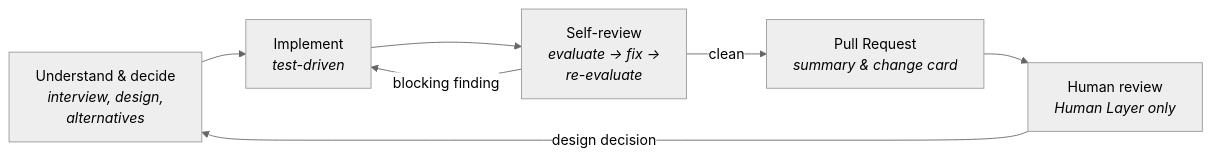
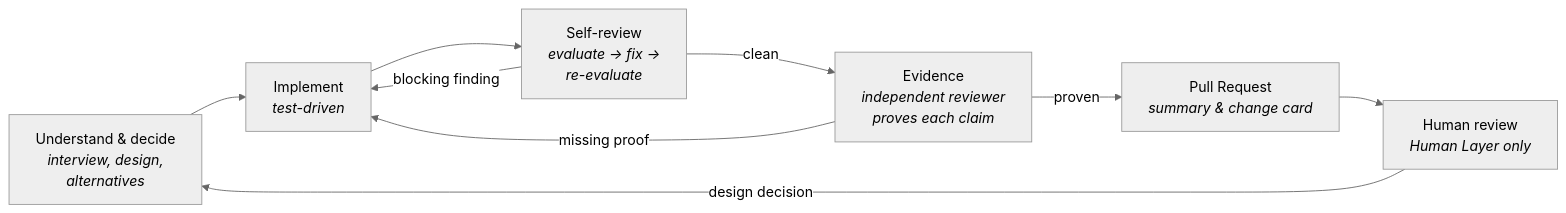
The second of 2 diagrams in README.md (tiagoornelas/ai-skills), drawn with Mermaid (neutral theme) before and after one commit. The commit also changed other lines of this file, not shown here.

Commit message:
docs(readme): make evidence a core principle and drop entry points (#41)

````diff
--- a/README.md
+++ b/README.md
@@ -51,9 +51,11 @@
 ```mermaid
 graph LR
   D["Understand & decide<br/><i>interview, design,<br/>alternatives</i>"] --> I["Implement<br/><i>test-driven</i>"]
   I --> S["Self-review<br/><i>evaluate → fix →<br/>re-evaluate</i>"]
   S -- "blocking finding" --> I
-  S -- "clean" --> P["Pull Request<br/><i>summary & change card</i>"]
+  S -- "clean" --> E["Evidence<br/><i>independent reviewer<br/>proves each claim</i>"]
+  E -- "missing proof" --> I
+  E -- "proven" --> P["Pull Request<br/><i>summary & change card</i>"]
   P --> R["Human review<br/><i>Human Layer only</i>"]
   R -- "design decision" --> D
 ```
````
